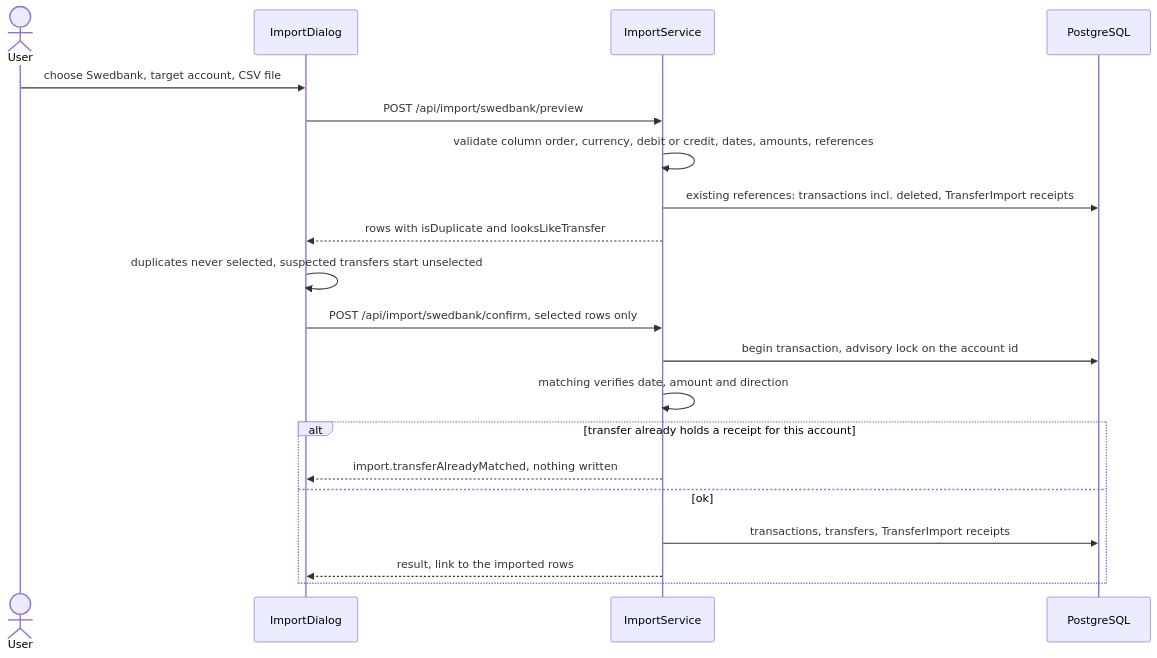
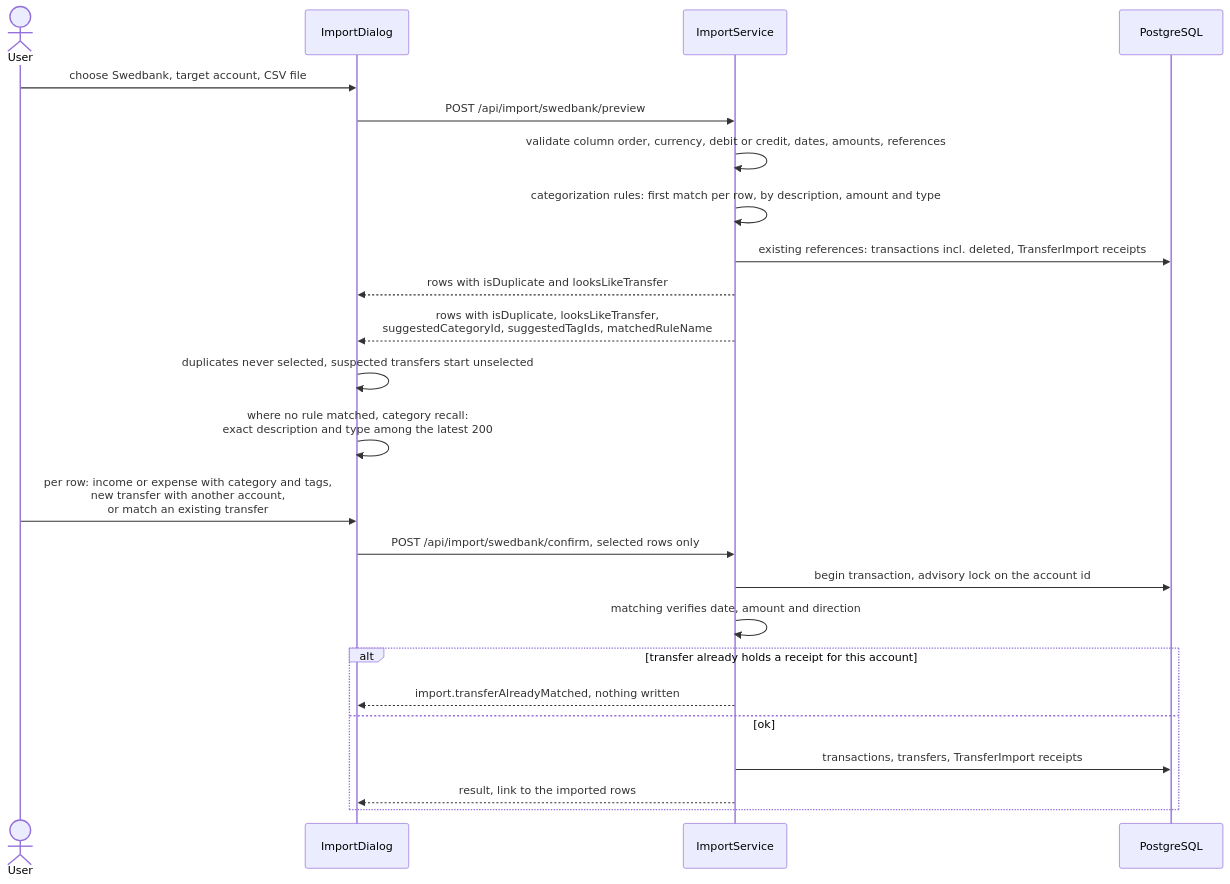
One commit to Justxs/Jx-Finance changed the diagram in docs/features/10. Swedbank CSV import.md. Above: the diagram before and after it, drawn with Mermaid. The commit also changed 123 other files, not shown here.

First line of the commit message:
feat(categorization-rules): categorize transactions by rule

````diff
--- a/docs/features/10. Swedbank CSV import.md
+++ b/docs/features/10. Swedbank CSV import.md
@@ -9,22 +9,26 @@
 ```mermaid
 sequenceDiagram
     actor User
     participant Dlg as ImportDialog
     participant Api as ImportService
     participant Db as PostgreSQL
     User->>Dlg: choose Swedbank, target account, CSV file
     Dlg->>Api: POST /api/import/swedbank/preview
     Api->>Api: validate column order, currency, debit or credit, dates, amounts, references
+    Api->>Api: categorization rules: first match per row, by description, amount and type
     Api->>Db: existing references: transactions incl. deleted, TransferImport receipts
     Api-->>Dlg: rows with isDuplicate and looksLikeTransfer
+    Api-->>Dlg: rows with isDuplicate, looksLikeTransfer,<br/>suggestedCategoryId, suggestedTagIds, matchedRuleName
     Dlg->>Dlg: duplicates never selected, suspected transfers start unselected
+    Dlg->>Dlg: where no rule matched, category recall:<br/>exact description and type among the latest 200
+    User->>Dlg: per row: income or expense with category and tags,<br/>new transfer with another account,<br/>or match an existing transfer
     Dlg->>Api: POST /api/import/swedbank/confirm, selected rows only
     Api->>Db: begin transaction, advisory lock on the account id
     Api->>Api: matching verifies date, amount and direction
     alt transfer already holds a receipt for this account
         Api-->>Dlg: import.transferAlreadyMatched, nothing written
     else ok
         Api->>Db: transactions, transfers, TransferImport receipts
         Api-->>Dlg: result, link to the imported rows
     end
 ```
````
